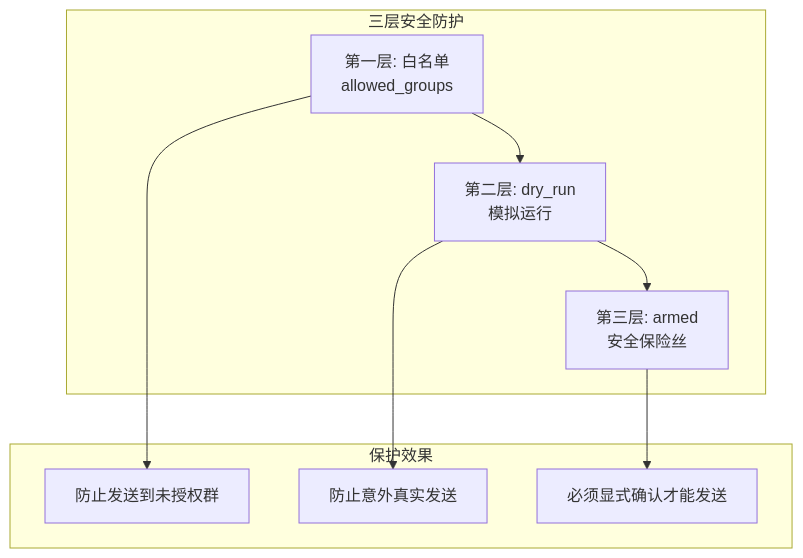
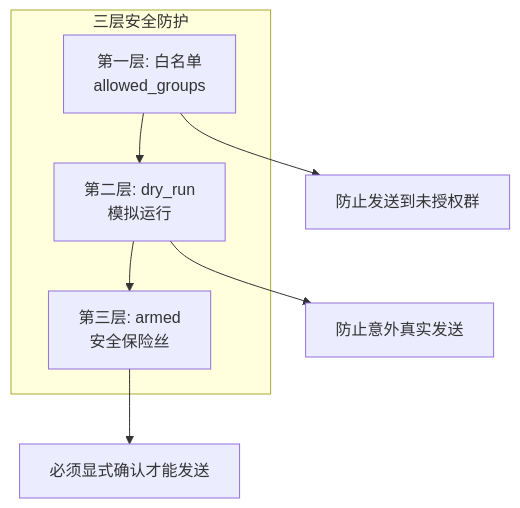
One commit to R2-D1-coder/chat-automation-hub changed the fourth of 4 diagrams in README.md. Above: the diagram before and after it, drawn with Mermaid. The commit also changed other lines of this file and 14 other files, not shown here.

````diff
--- a/README.md
+++ b/README.md
@@ -427,17 +444,11 @@
 ```mermaid
 graph TD
     subgraph 三层安全防护
         A[第一层: 白名单<br/>allowed_groups] --> B[第二层: dry_run<br/>模拟运行]
         B --> C[第三层: armed<br/>安全保险丝]
     end
     
-    subgraph 保护效果
-        D[防止发送到未授权群]
-        E[防止意外真实发送]
-        F[必须显式确认才能发送]
-    end
-    
-    A --> D
-    B --> E
-    C --> F
+    A --> D[防止发送到未授权群]
+    B --> E[防止意外真实发送]
+    C --> F[必须显式确认才能发送]
 ```
````
